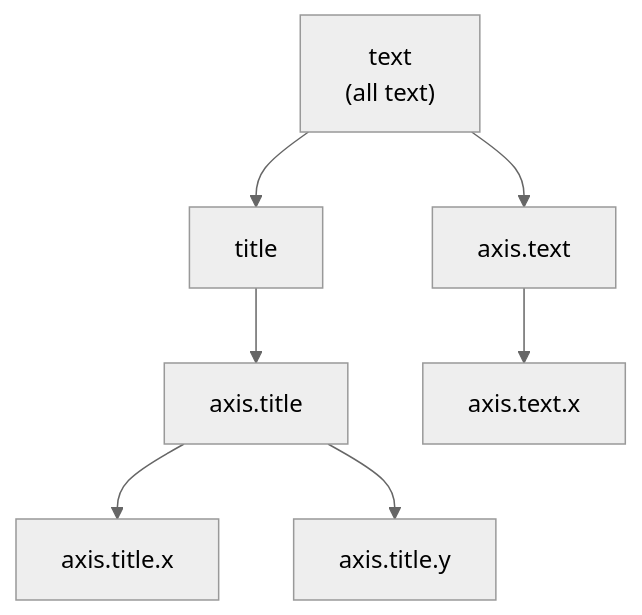
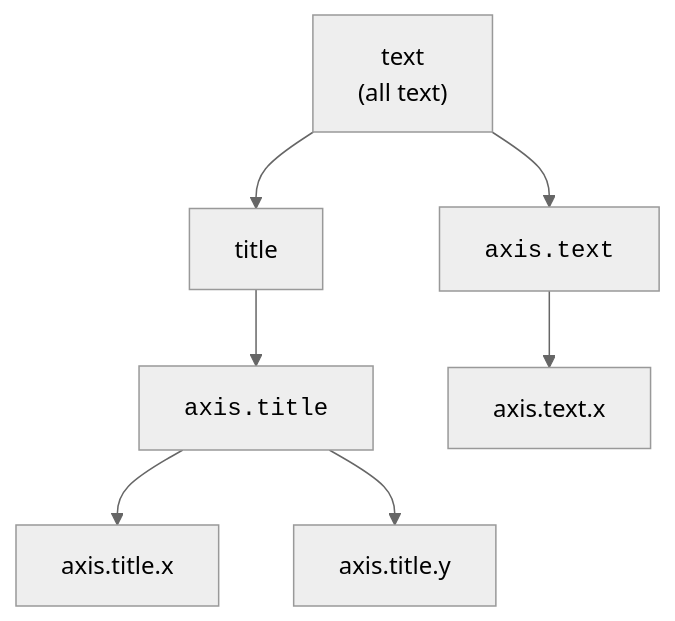
The diagram in content/learn/mastering-ggplot2/themes-and-styling.mdx (dataslope/dataslope), drawn with Mermaid (neutral theme) before and after one commit. The commit also changed 153 other files, not shown here.

First line of the commit message:
Render code-only mermaid shapes in monospace; convert step sequences to Steps

````diff
--- a/content/learn/mastering-ggplot2/themes-and-styling.mdx
+++ b/content/learn/mastering-ggplot2/themes-and-styling.mdx
@@ -104,9 +104,9 @@
 ```mermaid
 flowchart TD
     TEXT["text<br/>(all text)"] --> TITLE["title"]
-    TEXT --> AXISTXT["axis.text"]
-    TITLE --> AXISTITLE["axis.title"]
+    TEXT --> AXISTXT["<code>axis.text</code>"]
+    TITLE --> AXISTITLE["<code>axis.title</code>"]
     AXISTITLE --> AXISTITLEX["axis.title.x"]
     AXISTITLE --> AXISTITLEY["axis.title.y"]
     AXISTXT --> AXISTXTX["axis.text.x"]
 ```
````
